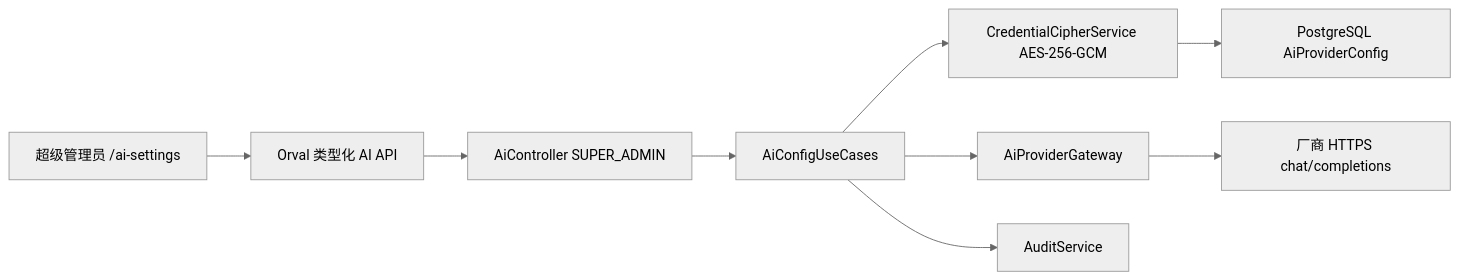
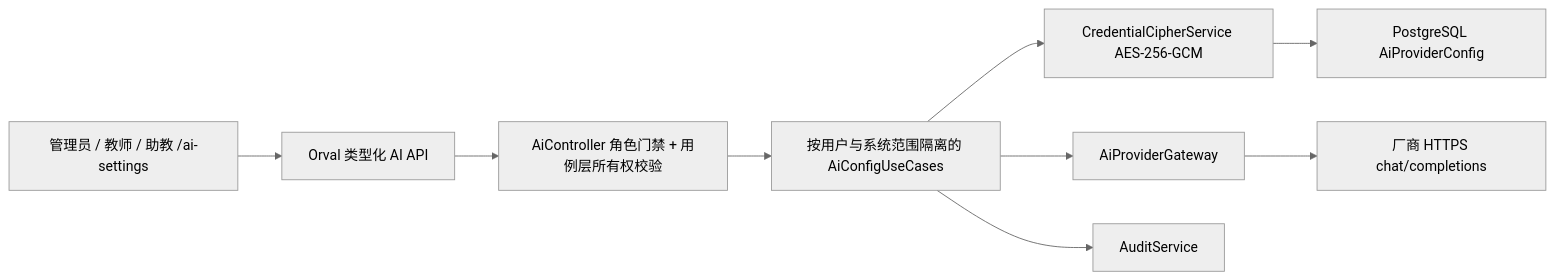
Before and after one commit to moran-007/online-exam-assessment-platform: the diagram in docs/AI模型配置与总结技术说明.md, drawn with Mermaid (neutral theme). The commit also changed other lines of this file and 5 other files, not shown here.

````diff
--- a/docs/AI模型配置与总结技术说明.md
+++ b/docs/AI模型配置与总结技术说明.md
@@ -31,11 +32,11 @@
 ```mermaid
 flowchart LR
-  A["超级管理员 /ai-settings"] --> B["Orval 类型化 AI API"]
-  B --> C["AiController SUPER_ADMIN"]
-  C --> D["AiConfigUseCases"]
+  A["管理员 / 教师 / 助教 /ai-settings"] --> B["Orval 类型化 AI API"]
+  B --> C["AiController 角色门禁 + 用例层所有权校验"]
+  C --> D["按用户与系统范围隔离的 AiConfigUseCases"]
   D --> E["CredentialCipherService AES-256-GCM"]
   D --> F["AiProviderGateway"]
   D --> G["AuditService"]
   E --> H["PostgreSQL AiProviderConfig"]
   F --> I["厂商 HTTPS chat/completions"]
 ```
````
